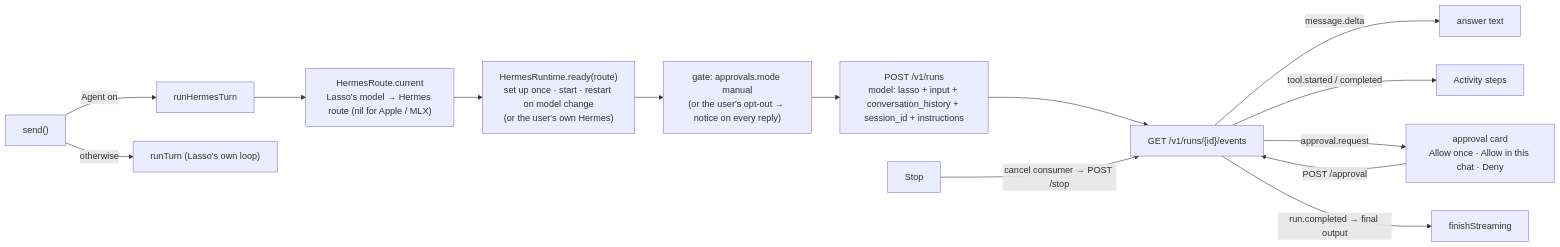
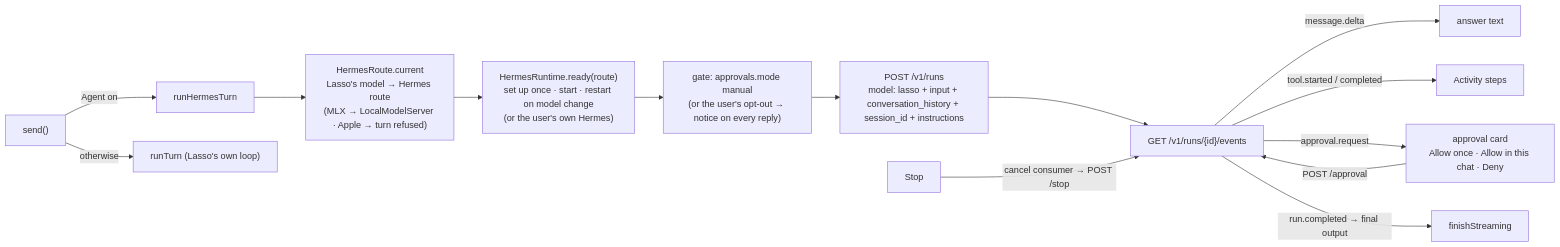
The eighth of 10 diagrams in docs/APP_FLOW.md (civarry/lasso-app), drawn with Mermaid before and after one commit. The commit also changed other lines of this file and 10 other files, not shown here.

First line of the commit message:
Agent: always Lasso's model; MLX served to Hermes locally, fresh profile

````diff
--- a/docs/APP_FLOW.md
+++ b/docs/APP_FLOW.md
@@ -614,16 +631,16 @@
 ```mermaid
 flowchart LR
   Send["send()"] -->|"Agent on"| HT["runHermesTurn"]
   Send -->|"otherwise"| RT["runTurn (Lasso's own loop)"]
-  HT --> Route["HermesRoute.current<br/>Lasso's model → Hermes route (nil for Apple / MLX)"]
+  HT --> Route["HermesRoute.current<br/>Lasso's model → Hermes route<br/>(MLX → LocalModelServer · Apple → turn refused)"]
   Route --> Runtime["HermesRuntime.ready(route)<br/>set up once · start · restart on model change<br/>(or the user's own Hermes)"]
   Runtime --> Gate["gate: approvals.mode manual<br/>(or the user's opt-out → notice on every reply)"]
   Gate --> Start["POST /v1/runs<br/>model: lasso + input + conversation_history + session_id + instructions"]
   Start --> SSE["GET /v1/runs/{id}/events"]
   SSE -->|"message.delta"| Text["answer text"]
   SSE -->|"tool.started / completed"| Steps["Activity steps"]
   SSE -->|"approval.request"| Card["approval card<br/>Allow once · Allow in this chat · Deny"]
   Card -->|"POST /approval"| SSE
   SSE -->|"run.completed → final output"| Done["finishStreaming"]
   Stop["Stop"] -->|"cancel consumer → POST /stop"| SSE
 ```
````
